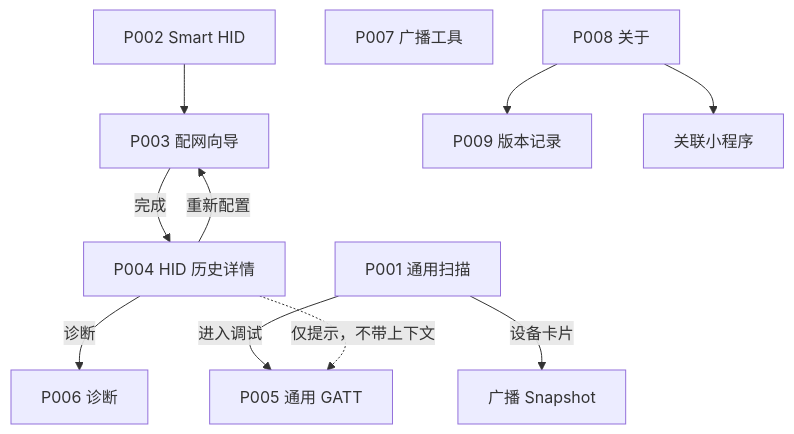
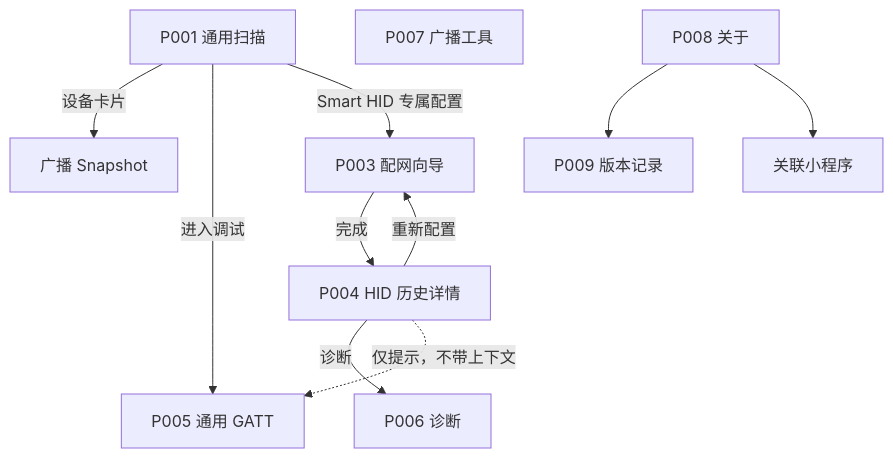
Before and after one commit to LuoYaoSheng/smart-ble: the first of 2 diagrams in audit/02_PAGE_FLOW.md, drawn with Mermaid. The commit also changed 25 other files, not shown here.

````diff
--- a/audit/02_PAGE_FLOW.md
+++ b/audit/02_PAGE_FLOW.md
@@ -3,13 +3,13 @@
 ```mermaid
 flowchart TD
   A[P001 通用扫描] -->|设备卡片| B[广播 Snapshot]
   A -->|进入调试| C[P005 通用 GATT]
-  D[P002 Smart HID] --> E[P003 配网向导]
+  A -->|Smart HID 专属配置| E[P003 配网向导]
   E -->|完成| F[P004 HID 历史详情]
   F -->|重新配置| E
   F -->|诊断| G[P006 诊断]
   F -.仅提示，不带上下文.-> C
   H[P007 广播工具]
   I[P008 关于] --> J[P009 版本记录]
   I --> K[关联小程序]
 ```
````
